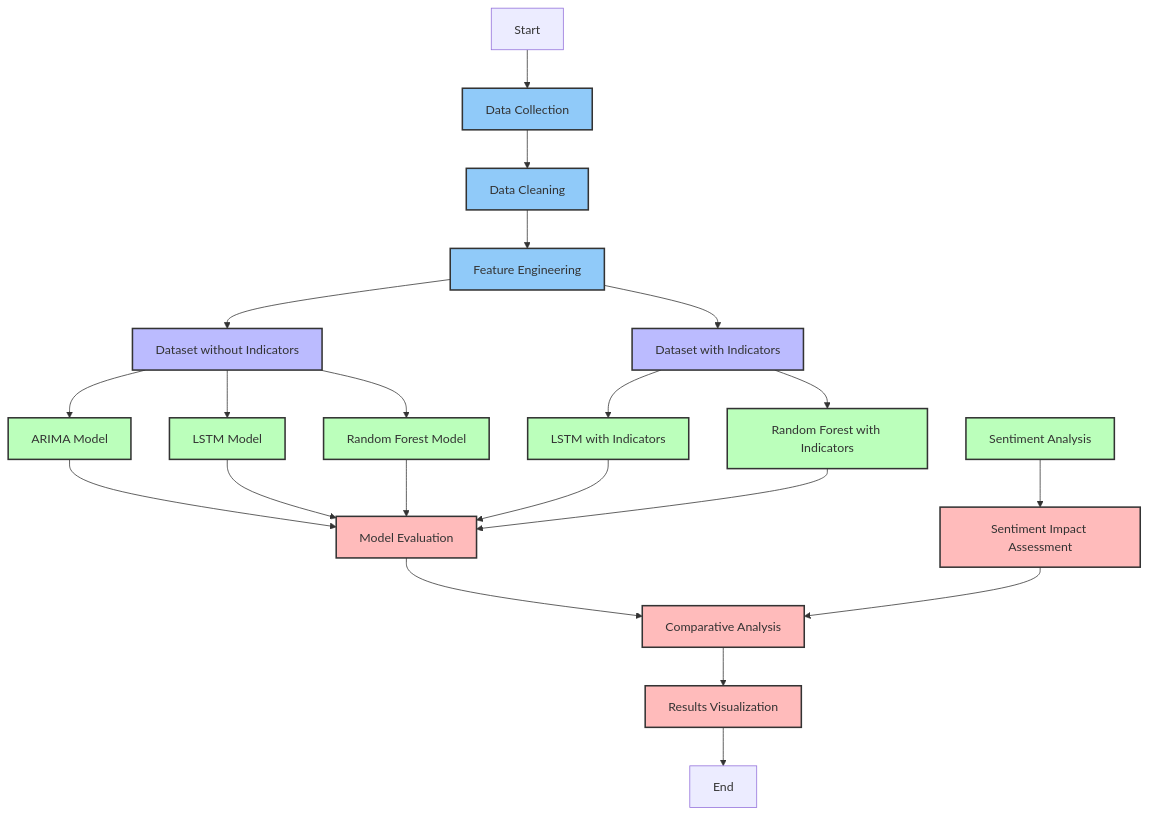
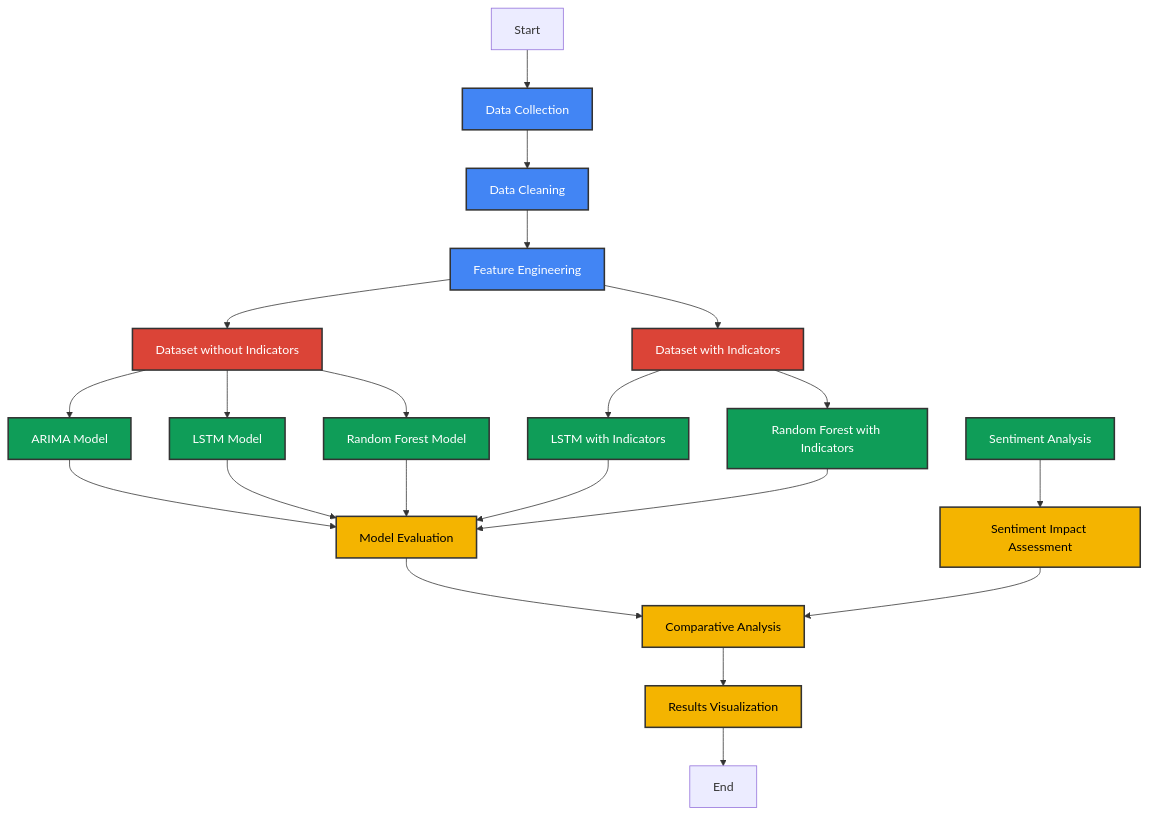
The diagram in readme.md (Naushil7/Stock-Price-Predictor-Model-Comparison-Study), drawn with Mermaid before and after one commit.

````diff
--- a/readme.md
+++ b/readme.md
@@ -129,40 +129,41 @@
 ```mermaid
 flowchart TD
     A[Start] --> B[Data Collection]
     B --> C[Data Cleaning]
     C --> D[Feature Engineering]
     
     D --> E1[Dataset without Indicators]
     D --> E2[Dataset with Indicators]
     
     E1 --> F1[ARIMA Model]
     E1 --> F2[LSTM Model]
     E1 --> F3[Random Forest Model]
     
     E2 --> G1[LSTM with Indicators]
     E2 --> G2[Random Forest with Indicators]
     
     F1 --> H[Model Evaluation]
     F2 --> H
     F3 --> H
     G1 --> H
     G2 --> H
     
     I[Sentiment Analysis] --> J[Sentiment Impact Assessment]
     
     H --> K[Comparative Analysis]
     J --> K
     
     K --> L[Results Visualization]
     L --> M[End]
     
-    classDef process fill:#90caf9,stroke:#333,stroke-width:2px
-    classDef data fill:#bbf,stroke:#333,stroke-width:2px
-    classDef model fill:#bfb,stroke:#333,stroke-width:2px
-    classDef result fill:#fbb,stroke:#333,stroke-width:2px
+    classDef process fill:#4285F4,stroke:#333,stroke-width:2px,color:white
+    classDef data fill:#DB4437,stroke:#333,stroke-width:2px,color:white
+    classDef model fill:#0F9D58,stroke:#333,stroke-width:2px,color:white
+    classDef result fill:#F4B400,stroke:#333,stroke-width:2px,color:black
     
+    class A,M default
     class B,C,D process
     class E1,E2 data
     class F1,F2,F3,G1,G2,I model
     class H,J,K,L result
 ```
````
